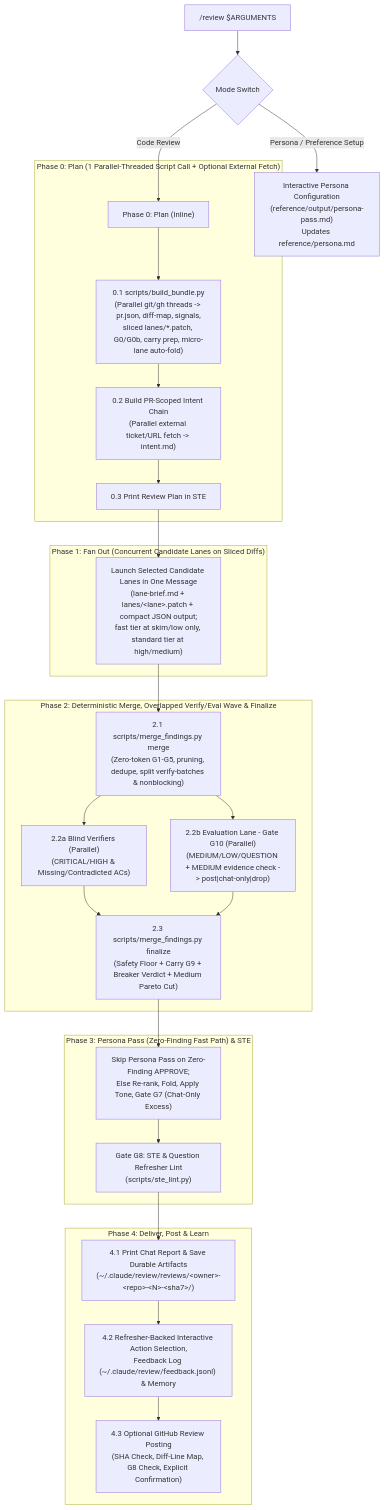
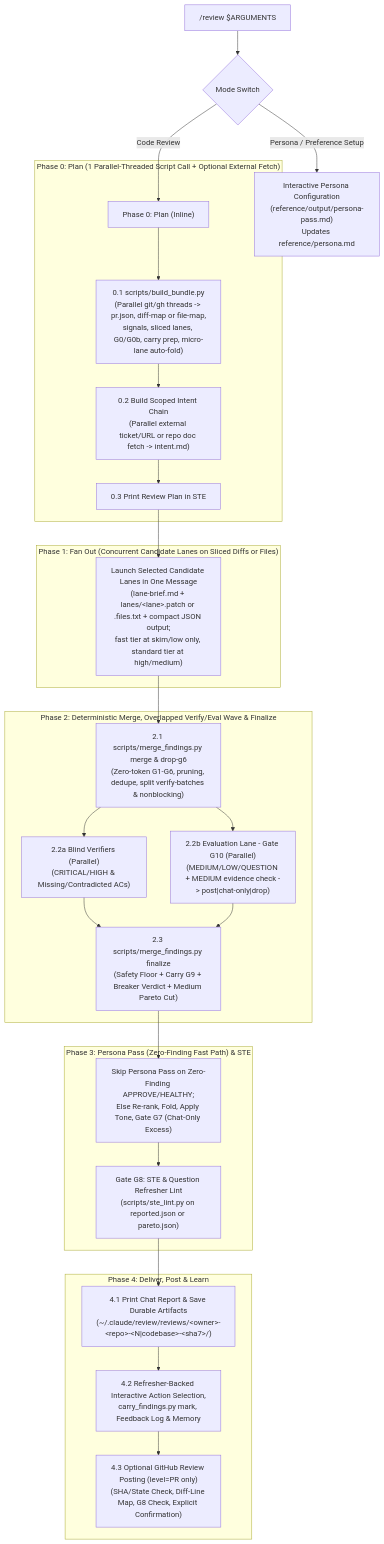
Before and after one commit to berkkarahan/review: the diagram in README.md, drawn with Mermaid. The commit also changed other lines of this file and 52 other files, not shown here.

First line of the commit message:
fix(review): audit and harden bundle, merge, carry, breaker, STE, and docs

````diff
--- a/README.md
+++ b/README.md
@@ -50,35 +50,35 @@
 ```mermaid
 flowchart TD
     Entry["/review $ARGUMENTS"] --> ModeSwitch{"Mode Switch"}
     ModeSwitch -->|"Persona / Preference Setup"| ConfigMode["Interactive Persona Configuration<br/>(reference/output/persona-pass.md)<br/>Updates reference/persona.md"]
     ModeSwitch -->|"Code Review"| P0["Phase 0: Plan (Inline)"]
 
     subgraph Phase0 ["Phase 0: Plan (1 Parallel-Threaded Script Call + Optional External Fetch)"]
-        P0 --> P01["0.1 scripts/build_bundle.py<br/>(Parallel git/gh threads -> pr.json, diff-map, signals,<br/>sliced lanes/*.patch, G0/G0b, carry prep, micro-lane auto-fold)"]
-        P01 --> P04["0.2 Build PR-Scoped Intent Chain<br/>(Parallel external ticket/URL fetch -> intent.md)"]
-        P04 --> P06["0.3 Print Review Plan in STE"]
+        P0 --> P01["0.1 scripts/build_bundle.py<br/>(Parallel git/gh threads -> pr.json, diff-map or file-map,<br/>signals, sliced lanes, G0/G0b, carry prep, micro-lane auto-fold)"]
+        P01 --> P02["0.2 Build Scoped Intent Chain<br/>(Parallel external ticket/URL or repo doc fetch -> intent.md)"]
+        P02 --> P03["0.3 Print Review Plan in STE"]
     end
 
-    subgraph Phase1 ["Phase 1: Fan Out (Concurrent Candidate Lanes on Sliced Diffs)"]
-        P06 --> Lanes["Launch Selected Candidate Lanes in One Message<br/>(lane-brief.md + lanes/&lt;lane&gt;.patch + compact JSON output;<br/>fast tier at skim/low only, standard tier at high/medium)"]
+    subgraph Phase1 ["Phase 1: Fan Out (Concurrent Candidate Lanes on Sliced Diffs or Files)"]
+        P03 --> Lanes["Launch Selected Candidate Lanes in One Message<br/>(lane-brief.md + lanes/&lt;lane&gt;.patch or .files.txt + compact JSON output;<br/>fast tier at skim/low only, standard tier at high/medium)"]
     end
 
     subgraph Phase2 ["Phase 2: Deterministic Merge, Overlapped Verify/Eval Wave & Finalize"]
-        Lanes --> Merge["2.1 scripts/merge_findings.py merge<br/>(Zero-token G1-G5, pruning, dedupe, split verify-batches &amp; nonblocking)"]
+        Lanes --> Merge["2.1 scripts/merge_findings.py merge &amp; drop-g6<br/>(Zero-token G1-G6, pruning, dedupe, split verify-batches &amp; nonblocking)"]
         Merge --> Verify["2.2a Blind Verifiers (Parallel)<br/>(CRITICAL/HIGH &amp; Missing/Contradicted ACs)"]
         Merge --> Eval["2.2b Evaluation Lane - Gate G10 (Parallel)<br/>(MEDIUM/LOW/QUESTION + MEDIUM evidence check -> post|chat-only|drop)"]
         Verify --> Finalize["2.3 scripts/merge_findings.py finalize<br/>(Safety Floor + Carry G9 + Breaker Verdict + Medium Pareto Cut)"]
         Eval --> Finalize
     end
 
     subgraph Phase3 ["Phase 3: Persona Pass (Zero-Finding Fast Path) & STE"]
-        Finalize --> PersonaPass["Skip Persona Pass on Zero-Finding APPROVE;<br/>Else Re-rank, Fold, Apply Tone, Gate G7 (Chat-Only Excess)"]
-        PersonaPass --> G8["Gate G8: STE &amp; Question Refresher Lint<br/>(scripts/ste_lint.py)"]
+        Finalize --> PersonaPass["Skip Persona Pass on Zero-Finding APPROVE/HEALTHY;<br/>Else Re-rank, Fold, Apply Tone, Gate G7 (Chat-Only Excess)"]
+        PersonaPass --> G8["Gate G8: STE &amp; Question Refresher Lint<br/>(scripts/ste_lint.py on reported.json or pareto.json)"]
     end
 
     subgraph Phase4 ["Phase 4: Deliver, Post & Learn"]
-        G8 --> Report["4.1 Print Chat Report & Save Durable Artifacts<br/>(~/.claude/review/reviews/&lt;owner&gt;-&lt;repo&gt;-&lt;N&gt;-&lt;sha7&gt;/)"]
-        Report --> PostPrompt["4.2 Refresher-Backed Interactive Action Selection,<br/>Feedback Log (~/.claude/review/feedback.jsonl) & Memory"]
-        PostPrompt --> PostGH["4.3 Optional GitHub Review Posting<br/>(SHA Check, Diff-Line Map, G8 Check, Explicit Confirmation)"]
+        G8 --> Report["4.1 Print Chat Report & Save Durable Artifacts<br/>(~/.claude/review/reviews/&lt;owner&gt;-&lt;repo&gt;-&lt;N|codebase&gt;-&lt;sha7&gt;/)"]
+        Report --> PostPrompt["4.2 Refresher-Backed Interactive Action Selection,<br/>carry_findings.py mark, Feedback Log & Memory"]
+        PostPrompt --> PostGH["4.3 Optional GitHub Review Posting (level=PR only)<br/>(SHA/State Check, Diff-Line Map, G8 Check, Explicit Confirmation)"]
     end
 ```
````
